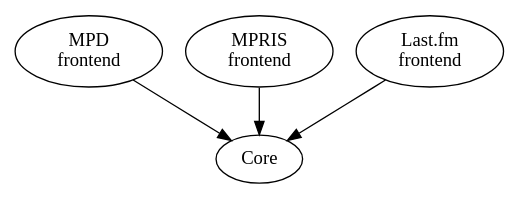
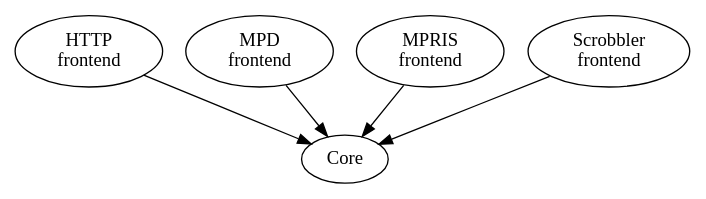
One commit to mopidy/mopidy changed the second of 4 diagrams in docs/api/concepts.rst. Above: the diagram before and after it, drawn with Graphviz. The commit also changed other lines of this file, not shown here.

```diff
--- a/docs/api/concepts.rst
+++ b/docs/api/concepts.rst
@@ -29,5 +29,6 @@
 .. digraph:: frontend_architecture
 
+    "HTTP\nfrontend" -> Core
     "MPD\nfrontend" -> Core
     "MPRIS\nfrontend" -> Core
-    "Last.fm\nfrontend" -> Core
+    "Scrobbler\nfrontend" -> Core
```
